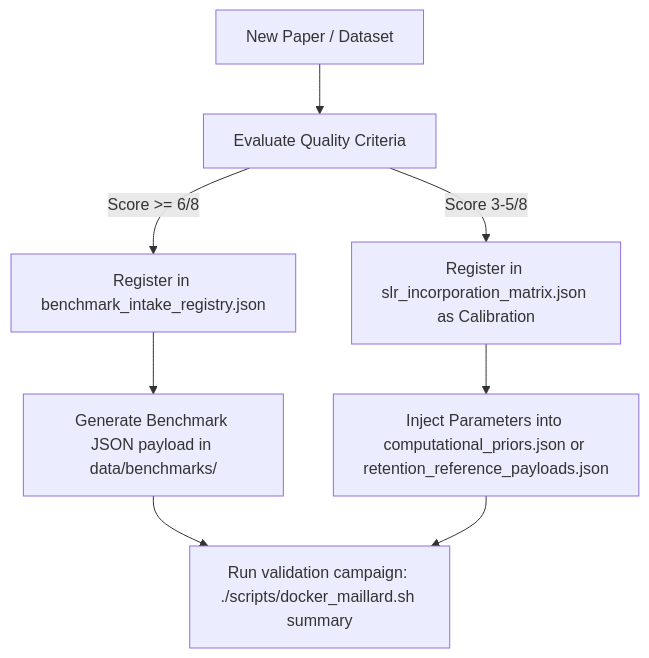
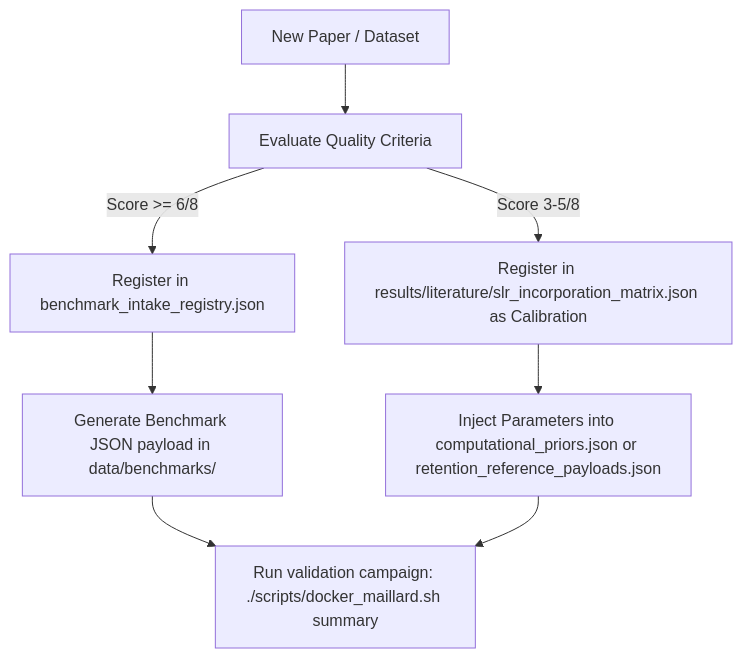
One commit to PabloAMC/Maillard changed the diagram in data/lit/README.md. Above: the diagram before and after it, drawn with Mermaid. The commit also changed 209 other files, not shown here.

````diff
--- a/data/lit/README.md
+++ b/data/lit/README.md
@@ -20,10 +20,10 @@
 ```mermaid
 graph TD
     A[New Paper / Dataset] --> B[Evaluate Quality Criteria]
     B -->|Score >= 6/8| C[Register in benchmark_intake_registry.json]
-    B -->|Score 3-5/8| D[Register in slr_incorporation_matrix.json as Calibration]
+    B -->|Score 3-5/8| D[Register in results/literature/slr_incorporation_matrix.json as Calibration]
     C --> E[Generate Benchmark JSON payload in data/benchmarks/]
     D --> F[Inject Parameters into computational_priors.json or retention_reference_payloads.json]
     E --> G[Run validation campaign: ./scripts/docker_maillard.sh summary]
     F --> G
 ```
````
